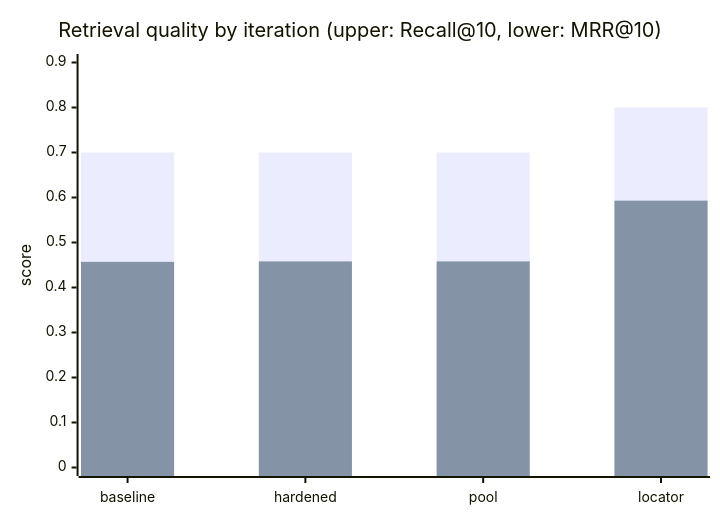
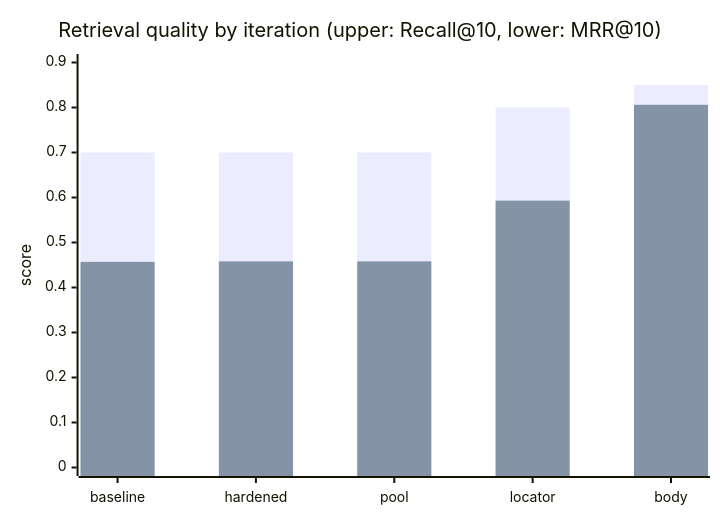
Before and after one commit to nuclearthinking/priorart: the first of 3 diagrams in benchmarks/README.md, drawn with Mermaid. The commit also changed other lines of this file and 9 other files, not shown here.

````diff
--- a/benchmarks/README.md
+++ b/benchmarks/README.md
@@ -29,8 +30,8 @@
 ```mermaid
 xychart-beta
     title "Retrieval quality by iteration (upper: Recall@10, lower: MRR@10)"
-    x-axis ["baseline", "hardened", "pool", "locator"]
+    x-axis ["baseline", "hardened", "pool", "locator", "body"]
     y-axis "score" 0 --> 0.9
-    bar [0.70, 0.70, 0.70, 0.80]
-    bar [0.457, 0.458, 0.458, 0.593]
+    bar [0.70, 0.70, 0.70, 0.80, 0.85]
+    bar [0.457, 0.458, 0.458, 0.593, 0.806]
 ```
````
